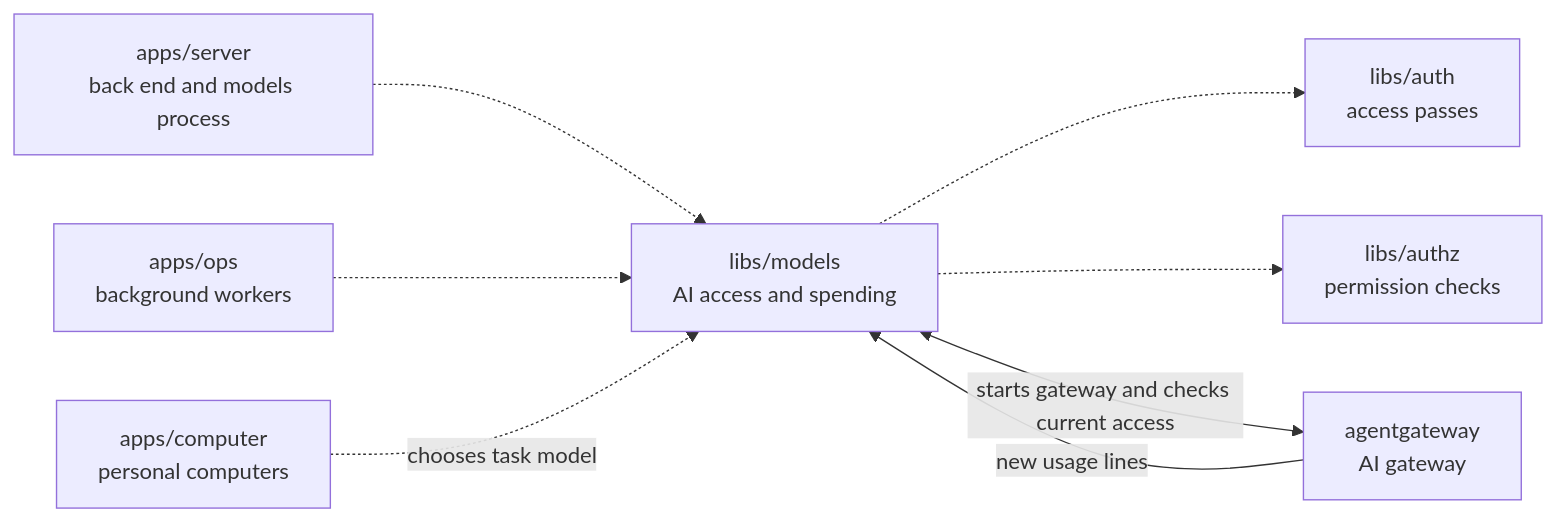
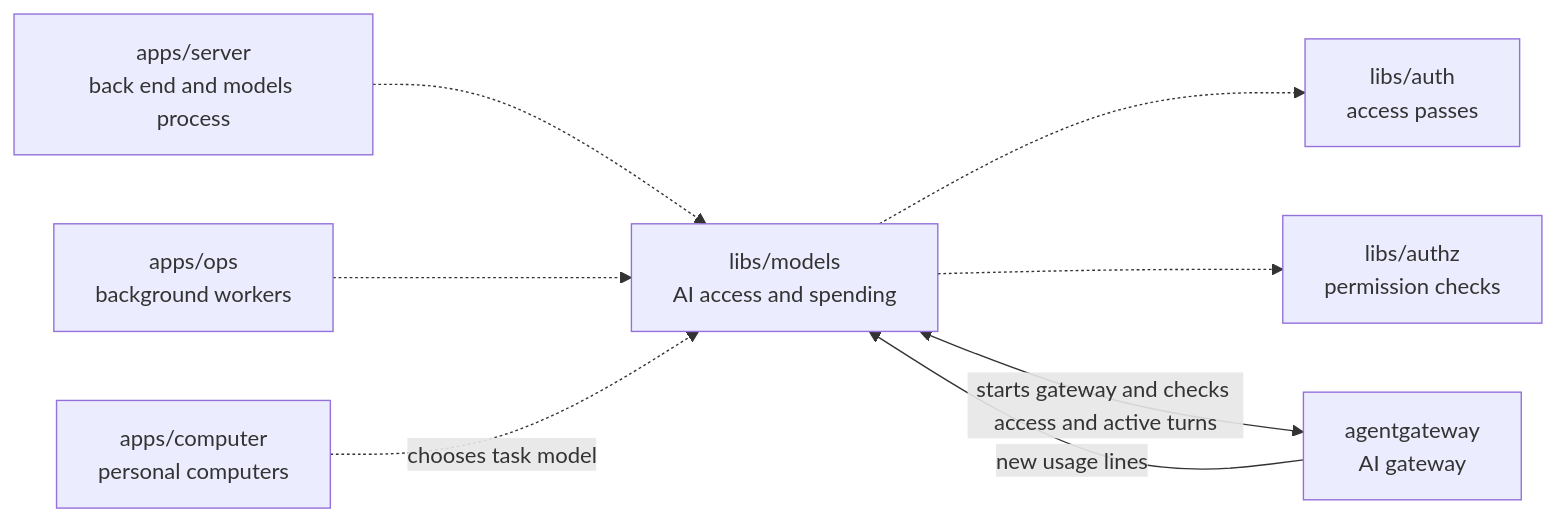
The diagram in libs/models/README.md (elewa-git/opencrane-new), drawn with Mermaid before and after one commit. The commit also changed other lines of this file and 5 other files, not shown here.

Commit message:
🐛 Keep permission checks current after reading chat history

````diff
--- a/libs/models/README.md
+++ b/libs/models/README.md
@@ -11,10 +11,10 @@
 ```mermaid
 flowchart LR
   server["apps/server<br/>back end and models process"] -.-> models["libs/models<br/>AI access and spending"]
   ops["apps/ops<br/>background workers"] -.-> models
   computer["apps/computer<br/>personal computers"] -.->|chooses task model| models
   models -.-> auth["libs/auth<br/>access passes"]
   models -.-> authz["libs/authz<br/>permission checks"]
-  models <-->|starts gateway and checks current access| gateway["agentgateway<br/>AI gateway"]
+  models <-->|starts gateway and checks access and active turns| gateway["agentgateway<br/>AI gateway"]
   gateway -->|new usage lines| models
 ```
````
